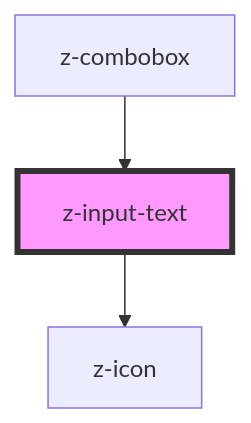
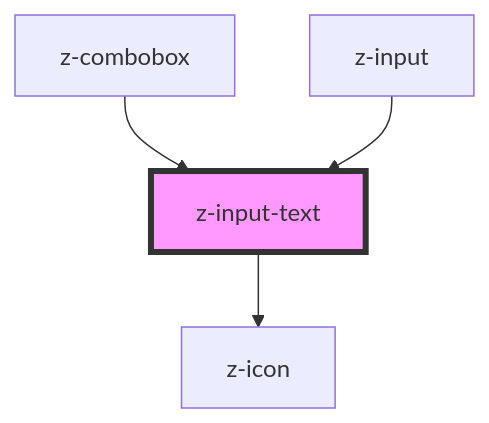
Before and after one commit to ZanichelliEditore/design-system: the diagram in web-components-library/src/components/z-input-text/readme.md, drawn with Mermaid. The commit also changed other lines of this file and 7 other files, not shown here.

````diff
--- a/web-components-library/src/components/z-input-text/readme.md
+++ b/web-components-library/src/components/z-input-text/readme.md
@@ -66,6 +67,7 @@
 ```mermaid
 graph TD;
   z-input-text --> z-icon
   z-combobox --> z-input-text
+  z-input --> z-input-text
   style z-input-text fill:#f9f,stroke:#333,stroke-width:4px
 ```
````
